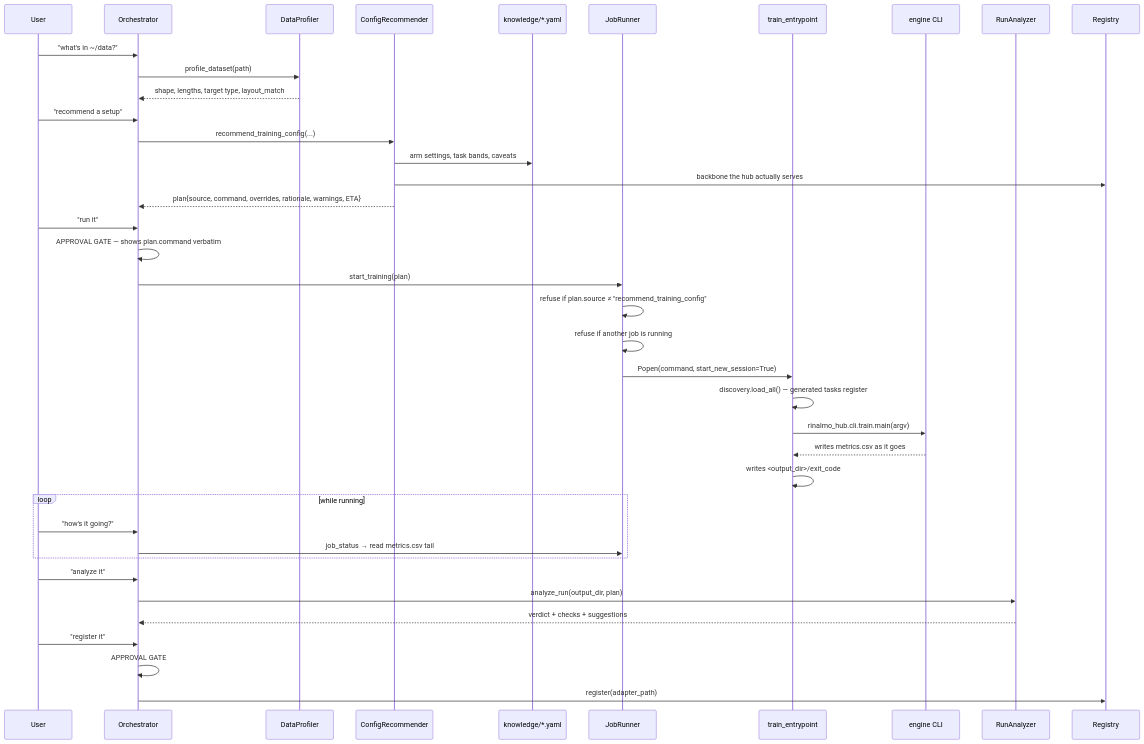
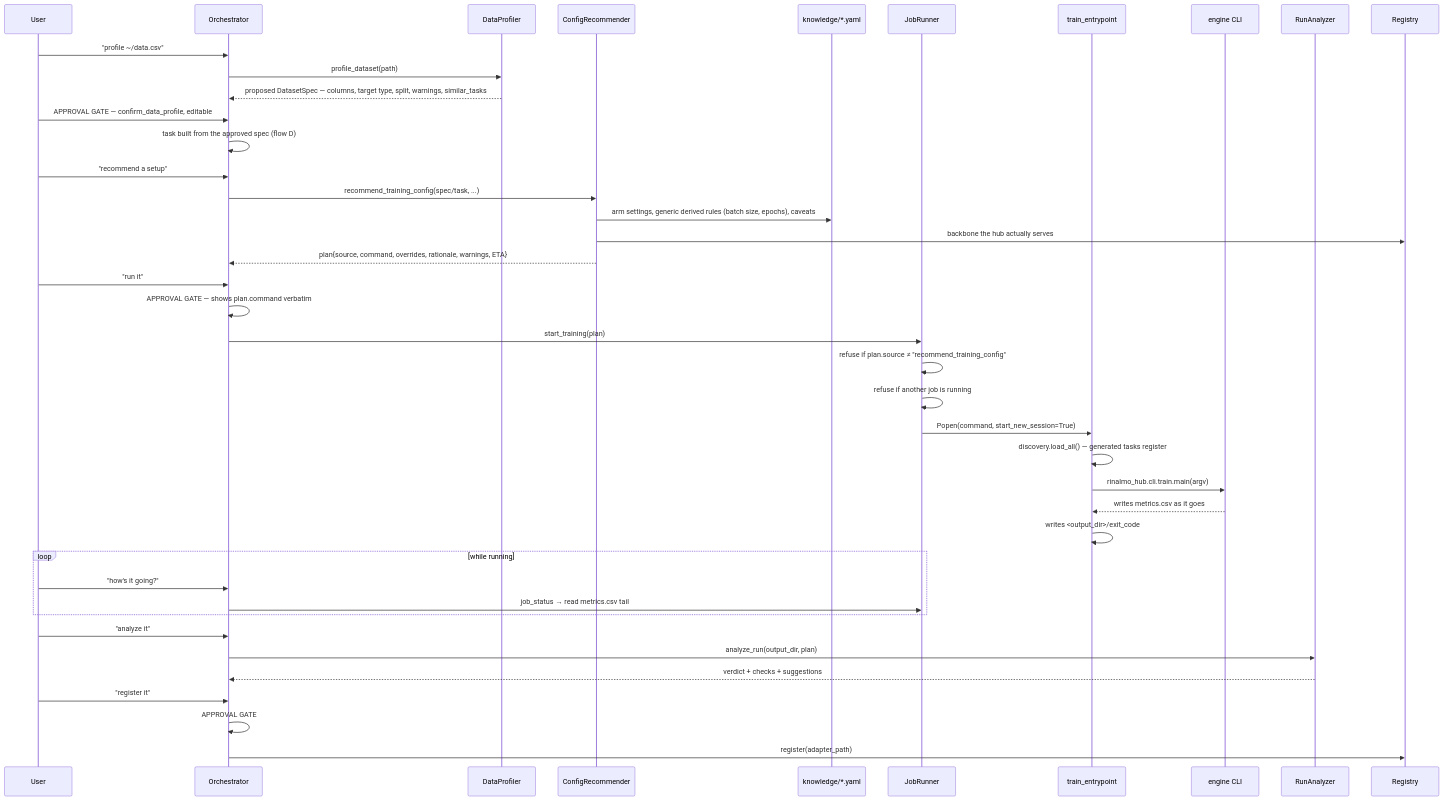
The sixth of 8 diagrams in documents/architecture.md (mhahmadi258/adaptrna), drawn with Mermaid before and after one commit. The commit also changed other lines of this file and 25 other files, not shown here.

````diff
--- a/documents/architecture.md
+++ b/documents/architecture.md
@@ -235,42 +265,44 @@
 ```mermaid
 sequenceDiagram
     participant U as User
     participant O as Orchestrator
     participant P as DataProfiler
     participant R as ConfigRecommender
     participant KB as knowledge/*.yaml
     participant JR as JobRunner
     participant EP as train_entrypoint
     participant E as engine CLI
     participant AN as RunAnalyzer
     participant RG as Registry
 
-    U->>O: "what's in ~/data?"
+    U->>O: "profile ~/data.csv"
     O->>P: profile_dataset(path)
-    P-->>O: shape, lengths, target type, layout_match
+    P-->>O: proposed DatasetSpec — columns, target type, split, warnings, similar_tasks
+    U->>O: APPROVAL GATE — confirm_data_profile, editable
+    O->>O: task built from the approved spec (flow D)
     U->>O: "recommend a setup"
-    O->>R: recommend_training_config(...)
-    R->>KB: arm settings, task bands, caveats
+    O->>R: recommend_training_config(spec/task, ...)
+    R->>KB: arm settings, generic derived rules (batch size, epochs), caveats
     R->>RG: backbone the hub actually serves
     R-->>O: plan{source, command, overrides, rationale, warnings, ETA}
     U->>O: "run it"
     O->>O: APPROVAL GATE — shows plan.command verbatim
     O->>JR: start_training(plan)
     JR->>JR: refuse if plan.source ≠ "recommend_training_config"
     JR->>JR: refuse if another job is running
     JR->>EP: Popen(command, start_new_session=True)
     EP->>EP: discovery.load_all() — generated tasks register
     EP->>E: rinalmo_hub.cli.train.main(argv)
     E-->>EP: writes metrics.csv as it goes
     EP->>EP: writes <output_dir>/exit_code
     loop while running
         U->>O: "how's it going?"
         O->>JR: job_status → read metrics.csv tail
     end
     U->>O: "analyze it"
     O->>AN: analyze_run(output_dir, plan)
     AN-->>O: verdict + checks + suggestions
     U->>O: "register it"
     O->>O: APPROVAL GATE
     O->>RG: register(adapter_path)
 ```
````
